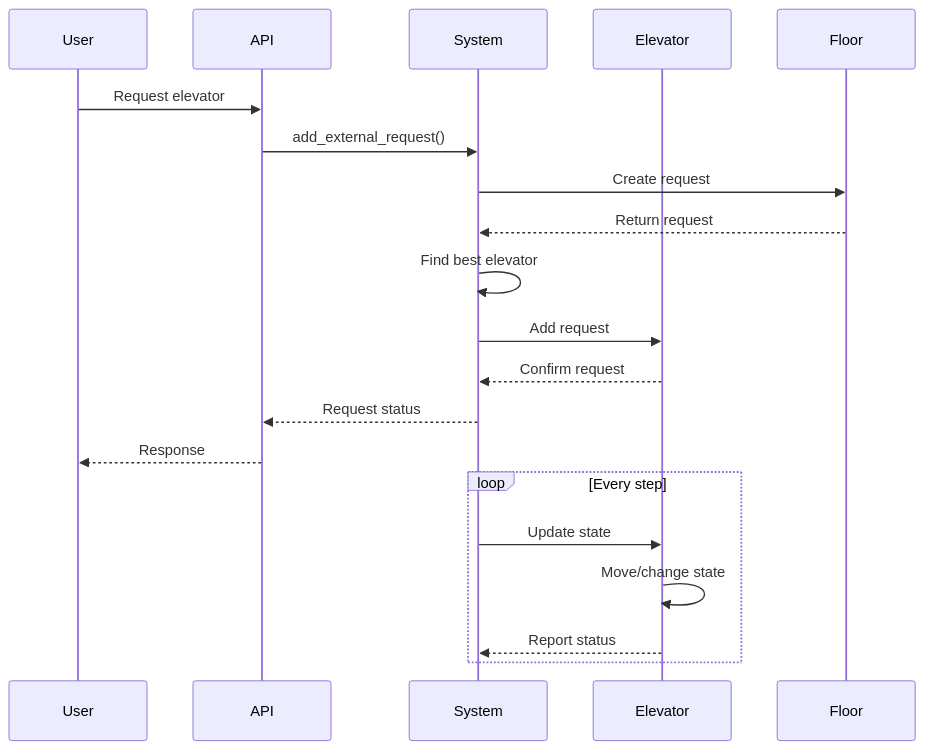
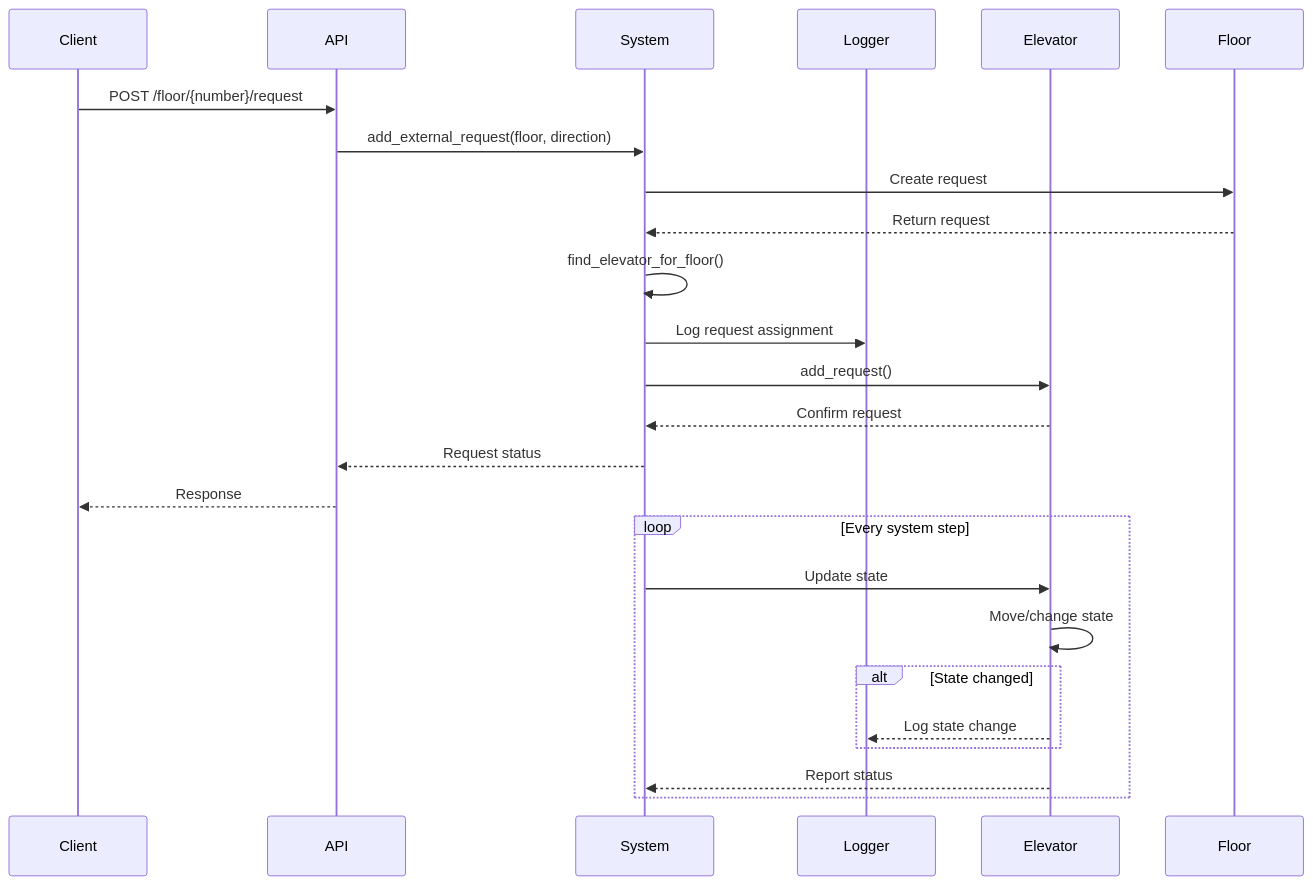
Before and after one commit to jfornear/the-elevator: the second of 5 diagrams in docs/architecture.md, drawn with Mermaid. The commit also changed other lines of this file and 1 other file, not shown here.

````diff
--- a/docs/architecture.md
+++ b/docs/architecture.md
@@ -57,24 +82,29 @@
 ```mermaid
 sequenceDiagram
-    participant User
+    participant Client
     participant API
     participant System
+    participant Logger
     participant Elevator
     participant Floor
     
-    User->>API: Request elevator
-    API->>System: add_external_request()
+    Client->>API: POST /floor/{number}/request
+    API->>System: add_external_request(floor, direction)
     System->>Floor: Create request
     Floor-->>System: Return request
-    System->>System: Find best elevator
-    System->>Elevator: Add request
+    System->>System: find_elevator_for_floor()
+    System->>Logger: Log request assignment
+    System->>Elevator: add_request()
     Elevator-->>System: Confirm request
     System-->>API: Request status
-    API-->>User: Response
+    API-->>Client: Response
     
-    loop Every step
+    loop Every system step
         System->>Elevator: Update state
         Elevator->>Elevator: Move/change state
+        alt State changed
+            Elevator-->>Logger: Log state change
+        end
         Elevator-->>System: Report status
     end
 ```
````
